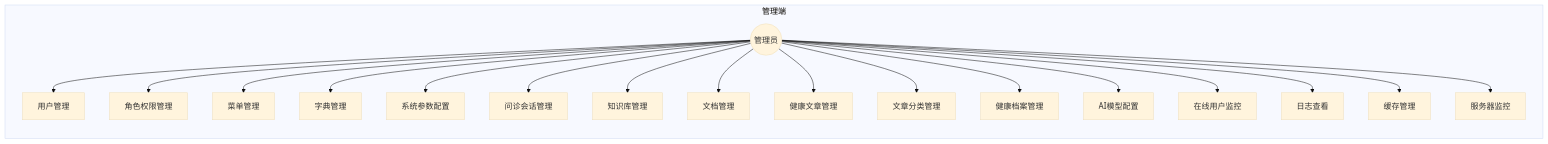
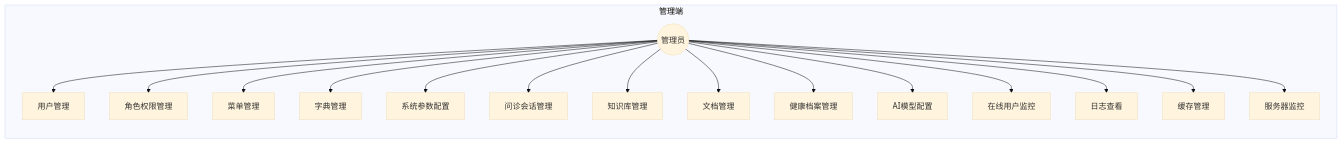
Before and after one commit to qlzhj03/axzl: the fifth of 21 diagrams in docs/02-系统设计文档.md, drawn with Mermaid (base theme). The commit also changed other lines of this file and 13 other files, not shown here.

````diff
--- a/docs/02-系统设计文档.md
+++ b/docs/02-系统设计文档.md
@@ -240,23 +235,21 @@
 ```mermaid
 graph LR
     subgraph 管理端
         A(("管理员"))
 
         A --> AC1["用户管理"]
         A --> AC2["角色权限管理"]
         A --> AC3["菜单管理"]
         A --> AC4["字典管理"]
         A --> AC5["系统参数配置"]
         A --> AC6["问诊会话管理"]
         A --> AC7["知识库管理"]
         A --> AC8["文档管理"]
-        A --> AC9["健康文章管理"]
-        A --> AC10["文章分类管理"]
-        A --> AC11["健康档案管理"]
-        A --> AC12["AI模型配置"]
-        A --> AC13["在线用户监控"]
-        A --> AC14["日志查看"]
-        A --> AC15["缓存管理"]
-        A --> AC16["服务器监控"]
+        A --> AC9["健康档案管理"]
+        A --> AC10["AI模型配置"]
+        A --> AC11["在线用户监控"]
+        A --> AC12["日志查看"]
+        A --> AC13["缓存管理"]
+        A --> AC14["服务器监控"]
     end
 ```
````
